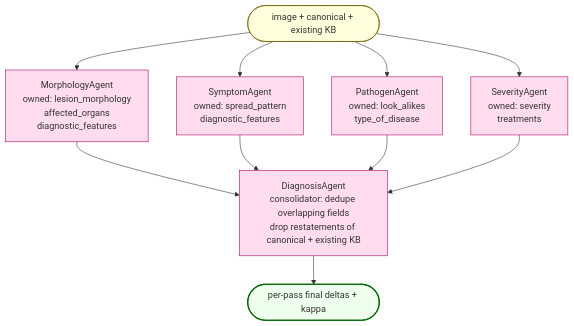
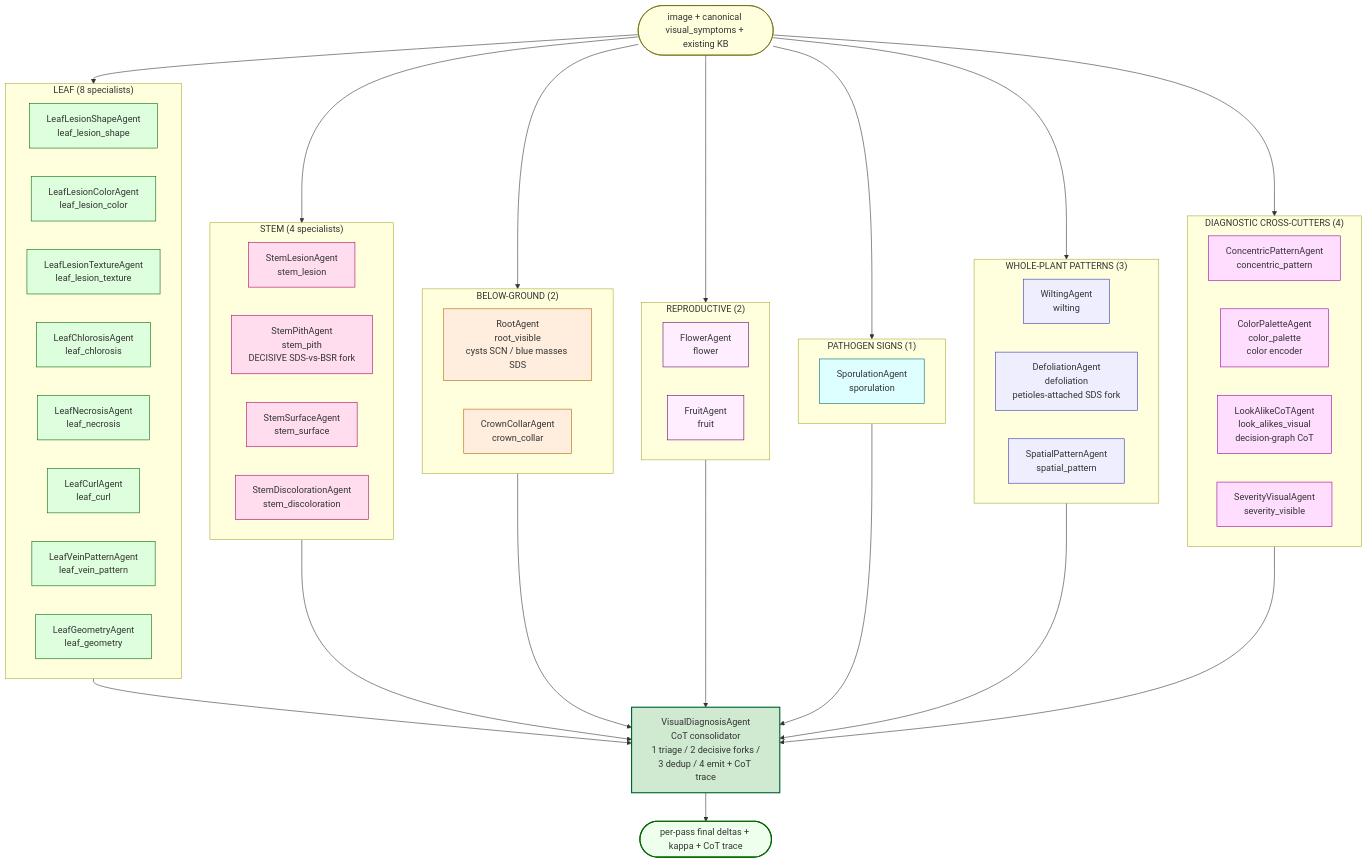
The fourth of 5 diagrams in FLOW.md (tirtho149/PRESAGE), drawn with Mermaid before and after one commit. The commit also changed other lines of this file and 1 other file, not shown here.

First line of the commit message:
FLOW.md: add swarm animation GIF + redraw §3b for 24-specialist visual swarm + rewrite §4 for PathomeOOD + clean stale OBSERVE refs

````diff
--- a/FLOW.md
+++ b/FLOW.md
@@ -195,27 +205,96 @@
 ```mermaid
 flowchart TD
-    INPUT([image + canonical + existing KB])
-    MA[MorphologyAgent<br/>owned: lesion_morphology<br/>affected_organs<br/>diagnostic_features]
-    SA[SymptomAgent<br/>owned: spread_pattern<br/>diagnostic_features]
-    PA[PathogenAgent<br/>owned: look_alikes<br/>type_of_disease]
-    SV[SeverityAgent<br/>owned: severity<br/>treatments]
-    DA[DiagnosisAgent<br/>consolidator: dedupe overlapping fields<br/>drop restatements of canonical + existing KB]
-    DONE([per-pass final deltas + kappa])
+    INPUT([image + canonical visual_symptoms + existing KB])
 
-    INPUT --> MA
-    INPUT --> SA
-    INPUT --> PA
-    INPUT --> SV
-    MA --> DA
-    SA --> DA
-    PA --> DA
-    SV --> DA
-    DA --> DONE
+    subgraph LEAF["LEAF (8 specialists)"]
+      direction LR
+      L1[LeafLesionShapeAgent<br/>leaf_lesion_shape]
+      L2[LeafLesionColorAgent<br/>leaf_lesion_color]
+      L3[LeafLesionTextureAgent<br/>leaf_lesion_texture]
+      L4[LeafChlorosisAgent<br/>leaf_chlorosis]
+      L5[LeafNecrosisAgent<br/>leaf_necrosis]
+      L6[LeafCurlAgent<br/>leaf_curl]
+      L7[LeafVeinPatternAgent<br/>leaf_vein_pattern]
+      L8[LeafGeometryAgent<br/>leaf_geometry]
+    end
+
+    subgraph STEM["STEM (4 specialists)"]
+      direction LR
+      S1[StemLesionAgent<br/>stem_lesion]
+      S2[StemPithAgent<br/>stem_pith<br/>DECISIVE SDS-vs-BSR fork]
+      S3[StemSurfaceAgent<br/>stem_surface]
+      S4[StemDiscolorationAgent<br/>stem_discoloration]
+    end
+
+    subgraph BELOW["BELOW-GROUND (2)"]
+      direction LR
+      R1[RootAgent<br/>root_visible<br/>cysts SCN / blue masses SDS]
+      R2[CrownCollarAgent<br/>crown_collar]
+    end
+
+    subgraph REPRO["REPRODUCTIVE (2)"]
+      direction LR
+      F1[FlowerAgent<br/>flower]
+      F2[FruitAgent<br/>fruit]
+    end
+
+    subgraph SIGNS["PATHOGEN SIGNS (1)"]
+      G1[SporulationAgent<br/>sporulation]
+    end
+
+    subgraph PAT["WHOLE-PLANT PATTERNS (3)"]
+      direction LR
+      P1[WiltingAgent<br/>wilting]
+      P2[DefoliationAgent<br/>defoliation<br/>petioles-attached SDS fork]
+      P3[SpatialPatternAgent<br/>spatial_pattern]
+    end
+
+    subgraph DIAG["DIAGNOSTIC CROSS-CUTTERS (4)"]
+      direction LR
+      D1[ConcentricPatternAgent<br/>concentric_pattern]
+      D2[ColorPaletteAgent<br/>color_palette<br/>color encoder]
+      D3[LookAlikeCoTAgent<br/>look_alikes_visual<br/>decision-graph CoT]
+      D4[SeverityVisualAgent<br/>severity_visible]
+    end
+
+    CONSOL[VisualDiagnosisAgent<br/>CoT consolidator<br/>1 triage / 2 decisive forks /<br/>3 dedup / 4 emit + CoT trace]
+    DONE([per-pass final deltas + kappa + CoT trace])
+
+    INPUT --> LEAF
+    INPUT --> STEM
+    INPUT --> BELOW
+    INPUT --> REPRO
+    INPUT --> SIGNS
+    INPUT --> PAT
+    INPUT --> DIAG
+
+    LEAF --> CONSOL
+    STEM --> CONSOL
+    BELOW --> CONSOL
+    REPRO --> CONSOL
+    SIGNS --> CONSOL
+    PAT --> CONSOL
+    DIAG --> CONSOL
+    CONSOL --> DONE
 
     classDef input fill:#ffd,stroke:#660
-    classDef agent fill:#fde,stroke:#a06
+    classDef leaf fill:#dfd,stroke:#060
+    classDef stem fill:#fde,stroke:#a06
+    classDef below fill:#fed,stroke:#a60
+    classDef repro fill:#fef,stroke:#606
+    classDef signs fill:#dff,stroke:#066
+    classDef pat fill:#eef,stroke:#33a
+    classDef diag fill:#fdf,stroke:#909
+    classDef consol fill:#cfead0,stroke:#063,stroke-width:2px
     classDef done fill:#efe,stroke:#060,stroke-width:2px
     class INPUT input
-    class MA,SA,PA,SV,DA agent
+    class L1,L2,L3,L4,L5,L6,L7,L8 leaf
+    class S1,S2,S3,S4 stem
+    class R1,R2 below
+    class F1,F2 repro
+    class G1 signs
+    class P1,P2,P3 pat
+    class D1,D2,D3,D4 diag
+    class CONSOL consol
     class DONE done
 ```
````
